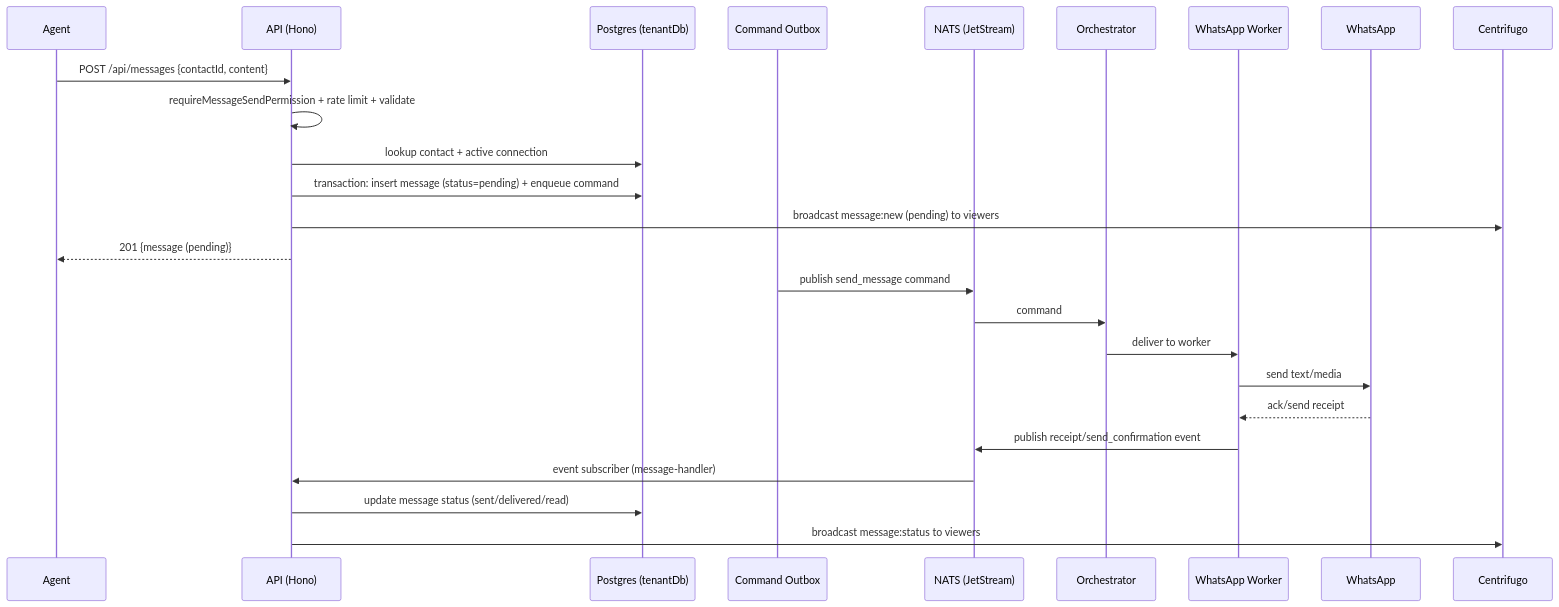
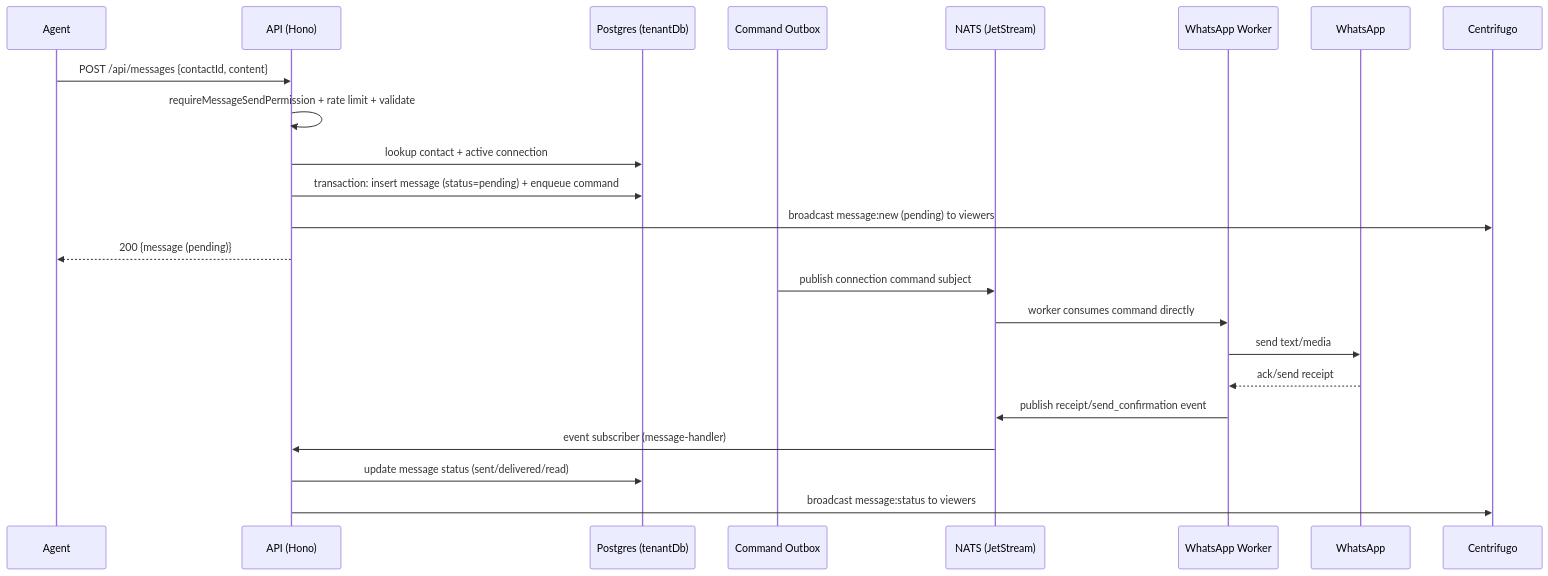
One commit to ygncode/wateaminbox changed the first of 2 diagrams in docs/apis/messages.md. Above: the diagram before and after it, drawn with Mermaid. The commit also changed other lines of this file and 27 other files, not shown here.

````diff
--- a/docs/apis/messages.md
+++ b/docs/apis/messages.md
@@ -33,27 +33,25 @@
 ```mermaid
 sequenceDiagram
     participant U as Agent
     participant A as API (Hono)
     participant D as Postgres (tenantDb)
     participant O as Command Outbox
     participant N as NATS (JetStream)
-    participant OC as Orchestrator
     participant W as WhatsApp Worker
     participant WA as WhatsApp
     participant R as Centrifugo
     U->>A: POST /api/messages {contactId, content}
     A->>A: requireMessageSendPermission + rate limit + validate
     A->>D: lookup contact + active connection
     A->>D: transaction: insert message (status=pending) + enqueue command
     A->>R: broadcast message:new (pending) to viewers
-    A-->>U: 201 {message (pending)}
-    O->>N: publish send_message command
-    N->>OC: command
-    OC->>W: deliver to worker
+    A-->>U: 200 {message (pending)}
+    O->>N: publish connection command subject
+    N->>W: worker consumes command directly
     W->>WA: send text/media
     WA-->>W: ack/send receipt
     W->>N: publish receipt/send_confirmation event
     N->>A: event subscriber (message-handler)
     A->>D: update message status (sent/delivered/read)
     A->>R: broadcast message:status to viewers
 ```
````
